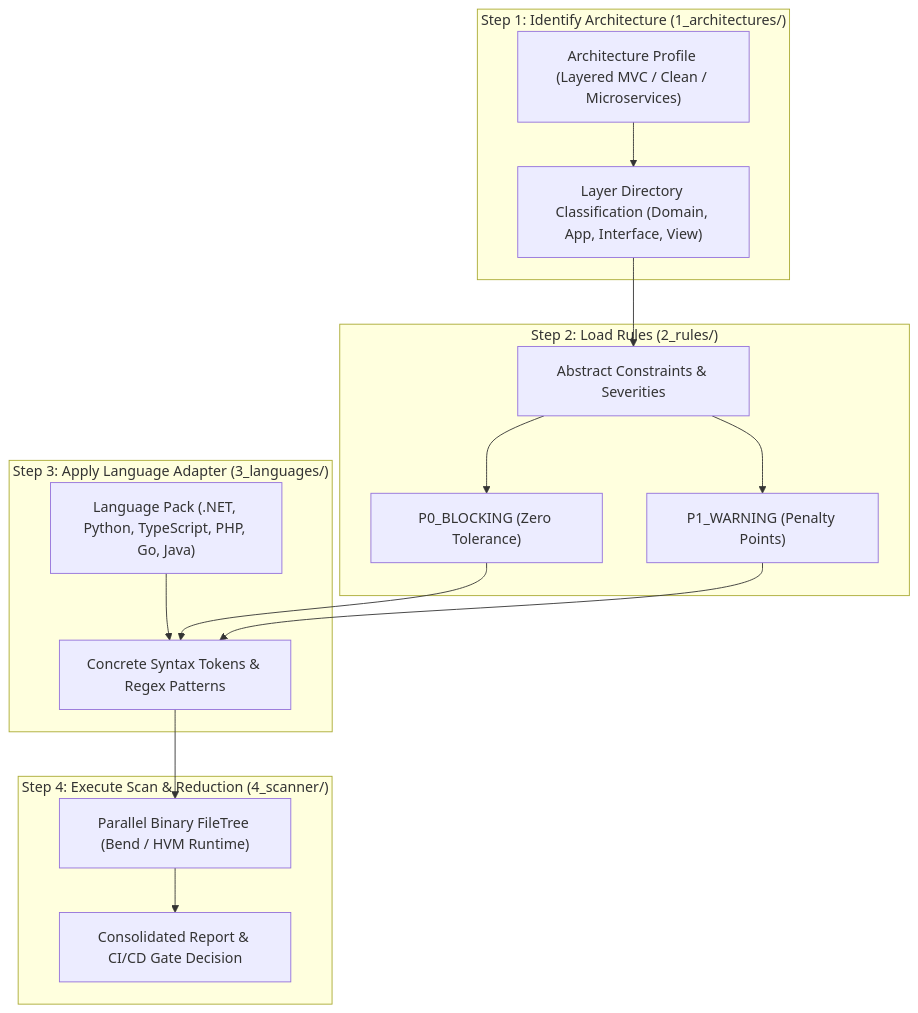
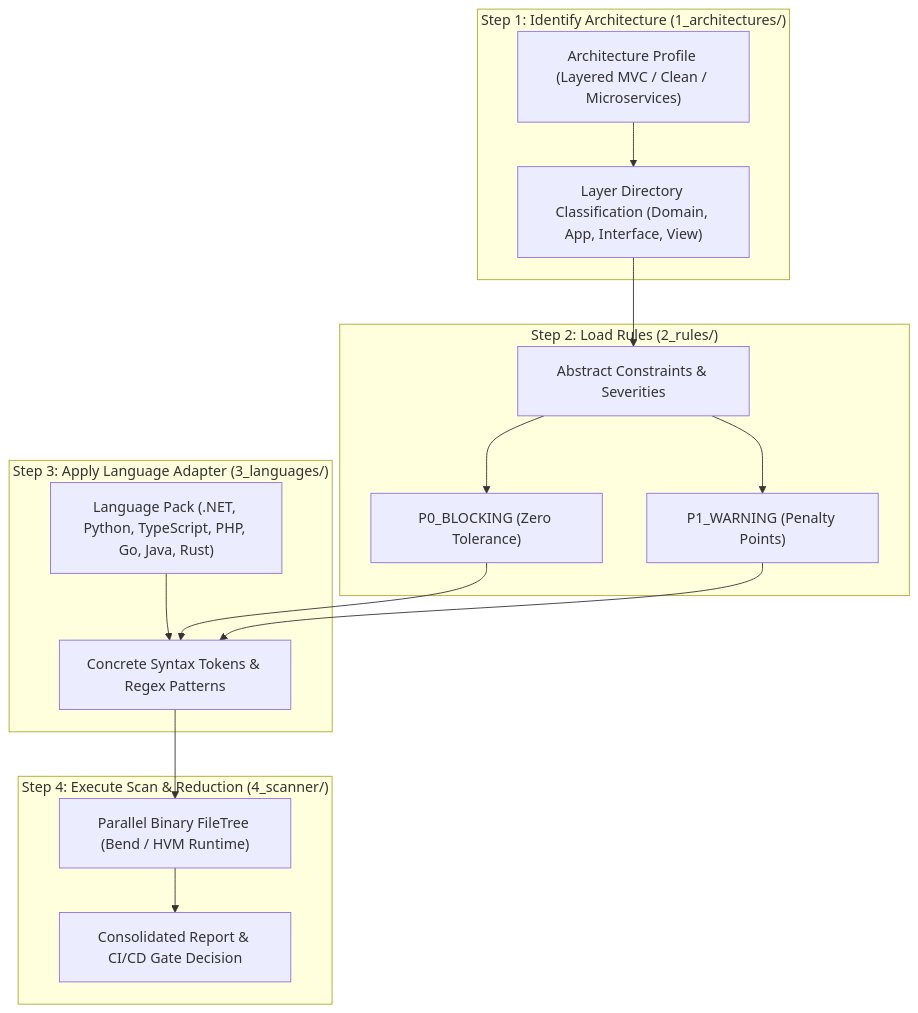
The diagram in backend/rules/4_scanner/pipeline_definition.md (GiovaniRodrigo/bend-devops), drawn with Mermaid before and after one commit. The commit also changed other lines of this file and 44 other files, not shown here.

````diff
--- a/backend/rules/4_scanner/pipeline_definition.md
+++ b/backend/rules/4_scanner/pipeline_definition.md
@@ -9,31 +9,31 @@
 ```mermaid
 flowchart TD
     subgraph Step1["Step 1: Identify Architecture (1_architectures/)"]
         ArchProfile["Architecture Profile (Layered MVC / Clean / Microservices)"]
         LayerClass["Layer Directory Classification (Domain, App, Interface, View)"]
         ArchProfile --> LayerClass
     end
 
     subgraph Step2["Step 2: Load Rules (2_rules/)"]
         Constraints["Abstract Constraints & Severities"]
         R_P0["P0_BLOCKING (Zero Tolerance)"]
         R_P1["P1_WARNING (Penalty Points)"]
         Constraints --> R_P0 & R_P1
     end
 
     subgraph Step3["Step 3: Apply Language Adapter (3_languages/)"]
-        LangAdapter["Language Pack (.NET, Python, TypeScript, PHP, Go, Java)"]
+        LangAdapter["Language Pack (.NET, Python, TypeScript, PHP, Go, Java, Rust)"]
         Tokens["Concrete Syntax Tokens & Regex Patterns"]
         LangAdapter --> Tokens
     end
 
     subgraph Step4["Step 4: Execute Scan & Reduction (4_scanner/)"]
         BendTree["Parallel Binary FileTree (Bend / HVM Runtime)"]
         ReportGen["Consolidated Report & CI/CD Gate Decision"]
         BendTree --> ReportGen
     end
 
     LayerClass --> Constraints
     R_P0 & R_P1 --> Tokens
     Tokens --> BendTree
 ```
````
